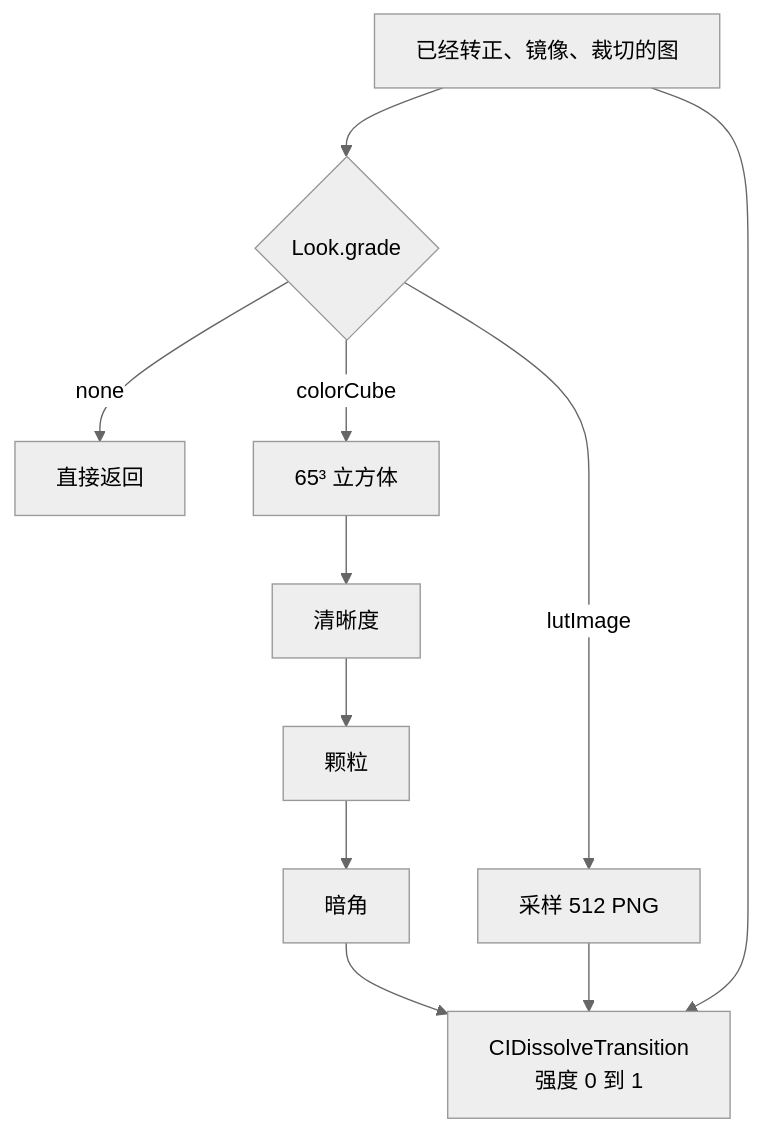
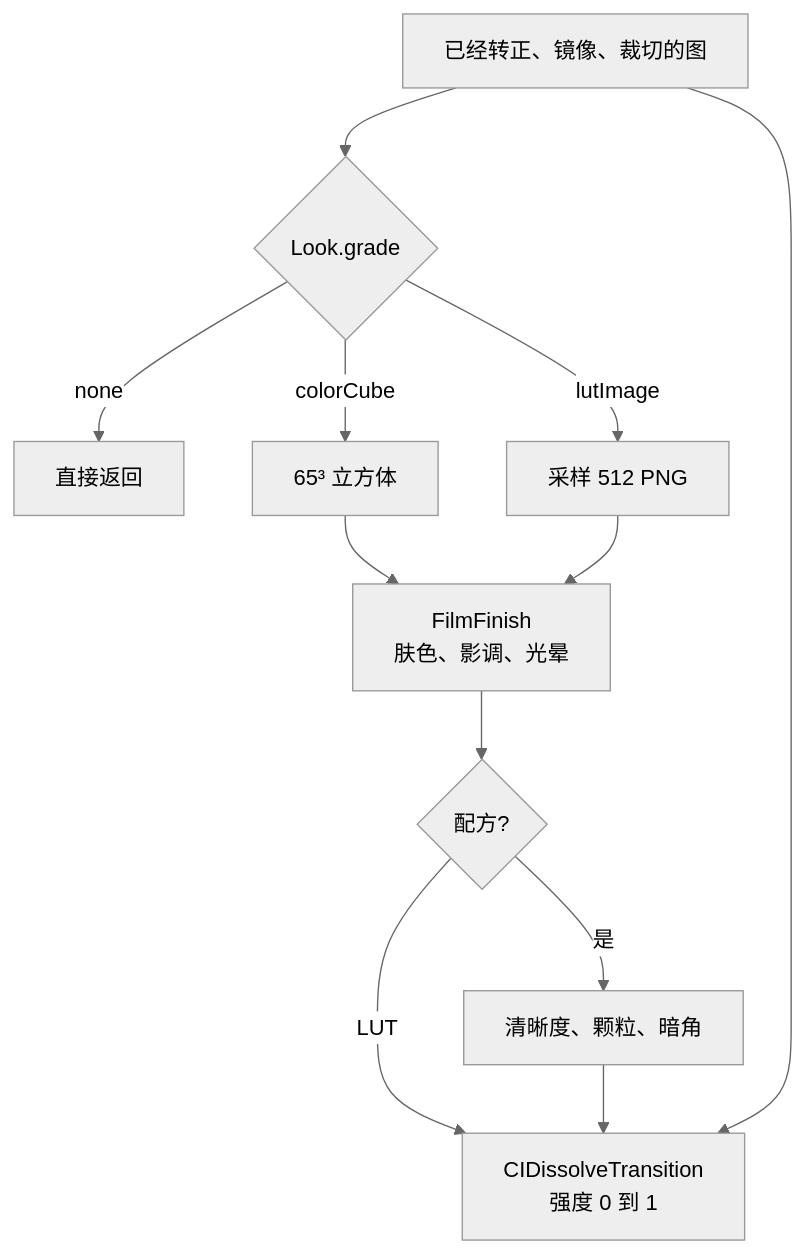
The first of 3 diagrams in design/rendering.md (zhe-ma/angie-filter), drawn with Mermaid (neutral theme) before and after one commit. The commit also changed other lines of this file and 16 other files, not shown here.

````diff
--- a/design/rendering.md
+++ b/design/rendering.md
@@ -9,13 +9,14 @@
 ```mermaid
 flowchart TB
   src["已经转正、镜像、裁切的图"] --> dispatch{"Look.grade"}
   dispatch -->|none| back["直接返回"]
   dispatch -->|colorCube| cube["65³ 立方体"]
-  cube --> clarity["清晰度"]
-  clarity --> grain["颗粒"]
-  grain --> vignette["暗角"]
-  vignette --> dissolve["CIDissolveTransition<br/>强度 0 到 1"]
   dispatch -->|lutImage| sample["采样 512 PNG"]
-  sample --> dissolve
+  cube --> finish["FilmFinish<br/>肤色、影调、光晕"]
+  sample --> finish
+  finish --> spatial{"配方?"}
+  spatial -->|是| rest["清晰度、颗粒、暗角"]
+  spatial -->|LUT| dissolve["CIDissolveTransition<br/>强度 0 到 1"]
+  rest --> dissolve
   src --> dissolve
 ```
````
